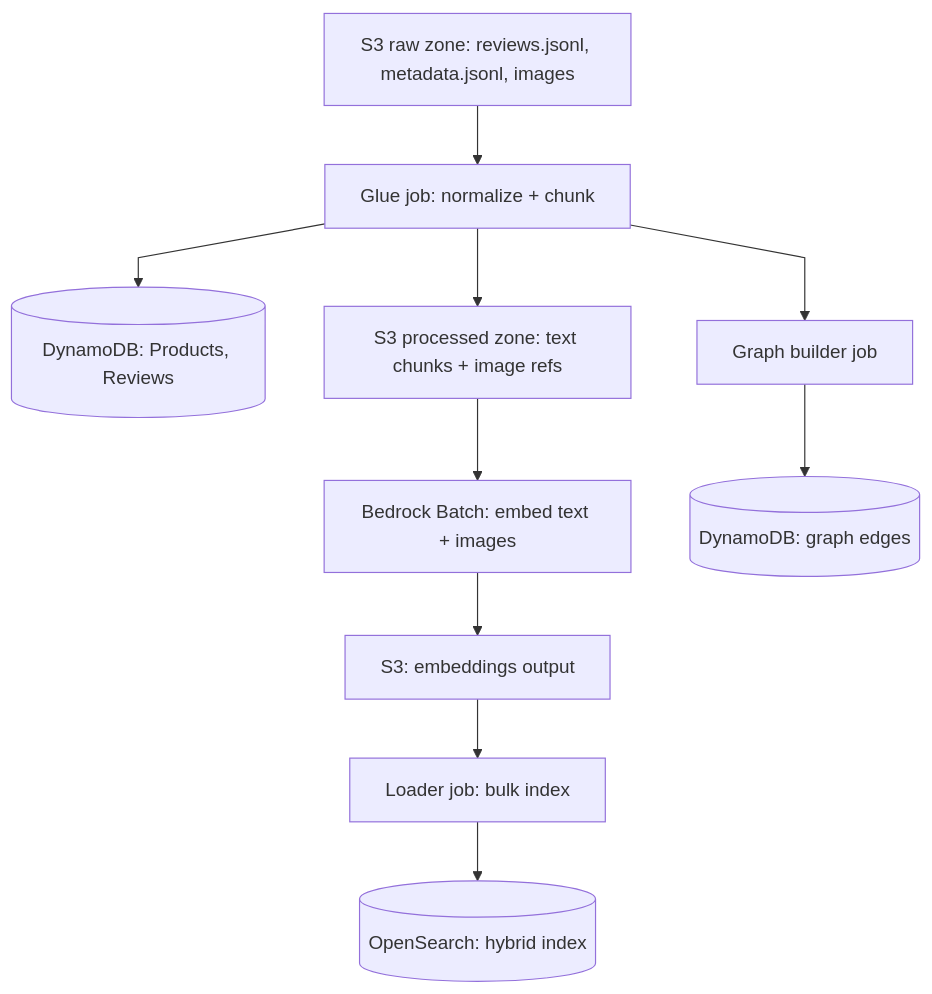
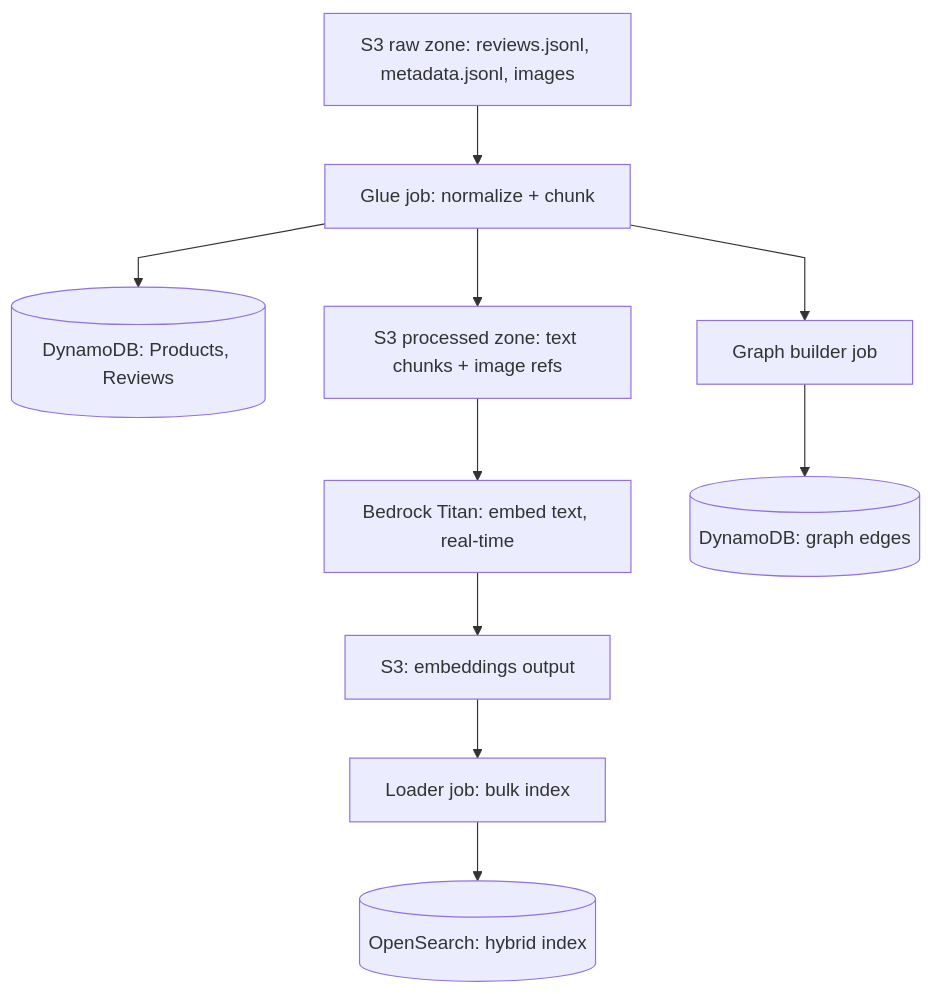
The diagram in docs/designs/01-ingestion-pipeline.md (Swati32/RAG-Multimodal-Ecommerce), drawn with Mermaid before and after one commit. The commit also changed other lines of this file and 4 other files, not shown here.

````diff
--- a/docs/designs/01-ingestion-pipeline.md
+++ b/docs/designs/01-ingestion-pipeline.md
@@ -11,13 +11,13 @@
 ```mermaid
 %%{init: {'flowchart': {'curve': 'linear'}}}%%
 flowchart TD
     A[S3 raw zone: reviews.jsonl, metadata.jsonl, images] --> B[Glue job: normalize + chunk]
     B --> C[(DynamoDB: Products, Reviews)]
     B --> D[S3 processed zone: text chunks + image refs]
-    D --> E[Bedrock Batch: embed text + images]
+    D --> E[Bedrock Titan: embed text, real-time]
     E --> F[S3: embeddings output]
     F --> G[Loader job: bulk index]
     G --> H[(OpenSearch: hybrid index)]
     B --> I[Graph builder job]
     I --> J[(DynamoDB: graph edges)]
 ```
````
